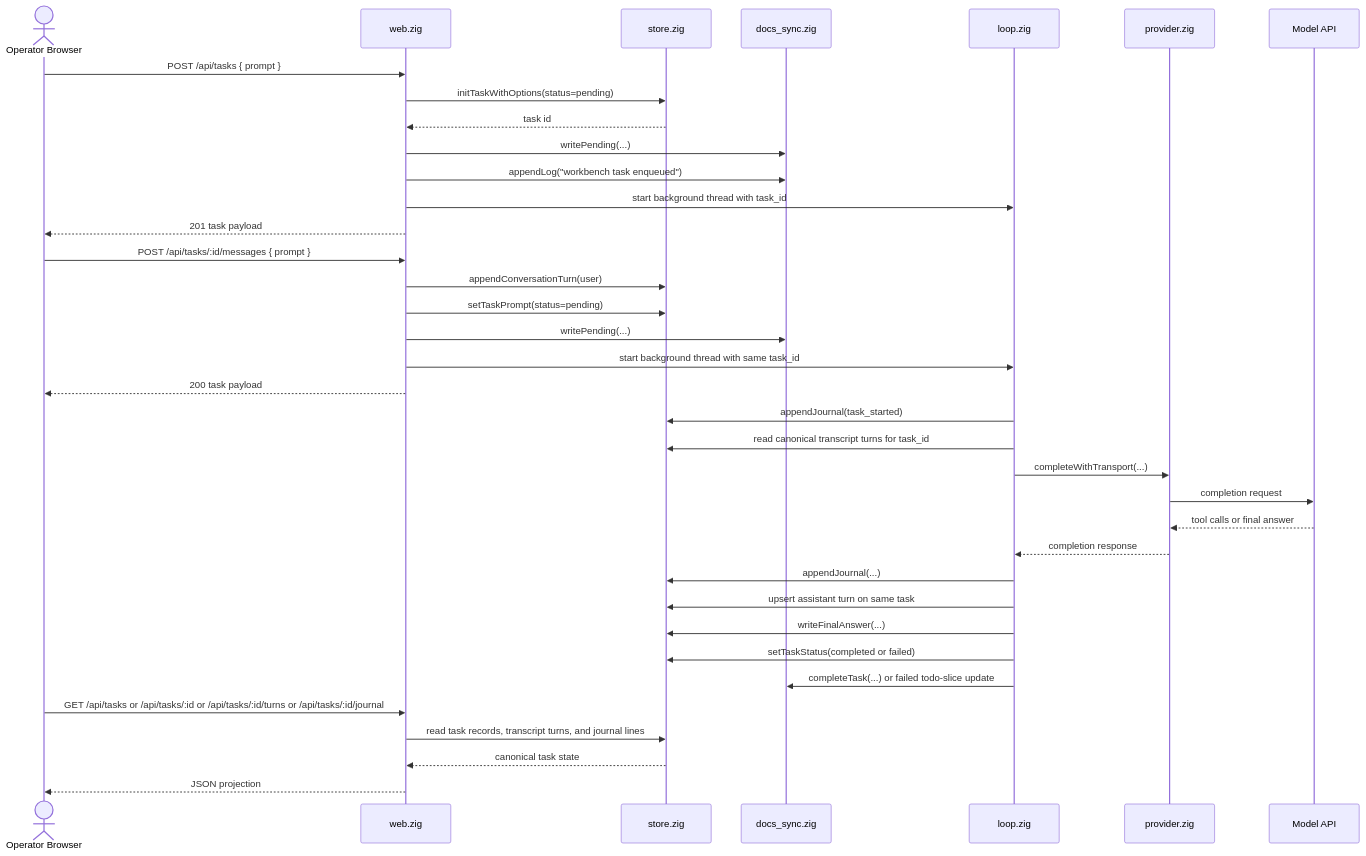
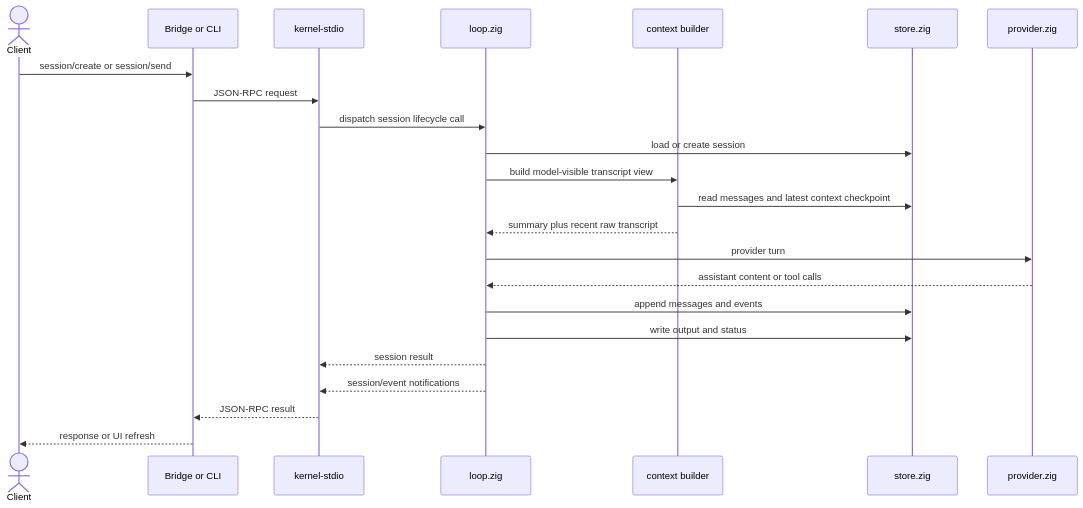
One commit to savageops/VANTARI-ONE changed the second of 3 diagrams in apps/backend/variant-1/architecture.md. Above: the diagram before and after it, drawn with Mermaid. The commit also changed other lines of this file and 44 other files, not shown here.

Commit message:
feat: add VAR1 headless session kernel

````diff
--- a/apps/backend/variant-1/architecture.md
+++ b/apps/backend/variant-1/architecture.md
@@ -59,42 +44,26 @@
 ```mermaid
 sequenceDiagram
-  actor O as Operator Browser
-  participant W as web.zig
+  actor C as Client
+  participant B as Bridge or CLI
+  participant K as kernel-stdio
+  participant E as loop.zig
+  participant X as context builder
   participant S as store.zig
-  participant D as docs_sync.zig
-  participant L as loop.zig
   participant P as provider.zig
-  participant M as Model API
 
-  O->>W: POST /api/tasks { prompt }
-  W->>S: initTaskWithOptions(status=pending)
-  S-->>W: task id
-  W->>D: writePending(...)
-  W->>D: appendLog("workbench task enqueued")
-  W->>L: start background thread with task_id
-  W-->>O: 201 task payload
-
-  O->>W: POST /api/tasks/:id/messages { prompt }
-  W->>S: appendConversationTurn(user)
-  W->>S: setTaskPrompt(status=pending)
-  W->>D: writePending(...)
-  W->>L: start background thread with same task_id
-  W-->>O: 200 task payload
-
-  L->>S: appendJournal(task_started)
-  L->>S: read canonical transcript turns for task_id
-  L->>P: completeWithTransport(...)
-  P->>M: completion request
-  M-->>P: tool calls or final answer
-  P-->>L: completion response
-  L->>S: appendJournal(...)
-  L->>S: upsert assistant turn on same task
-  L->>S: writeFinalAnswer(...)
-  L->>S: setTaskStatus(completed or failed)
-  L->>D: completeTask(...) or failed todo-slice update
-
-  O->>W: GET /api/tasks or /api/tasks/:id or /api/tasks/:id/turns or /api/tasks/:id/journal
-  W->>S: read task records, transcript turns, and journal lines
-  S-->>W: canonical task state
-  W-->>O: JSON projection
+  C->>B: session/create or session/send
+  B->>K: JSON-RPC request
+  K->>E: dispatch session lifecycle call
+  E->>S: load or create session
+  E->>X: build model-visible transcript view
+  X->>S: read messages and latest context checkpoint
+  X-->>E: summary plus recent raw transcript
+  E->>P: provider turn
+  P-->>E: assistant content or tool calls
+  E->>S: append messages and events
+  E->>S: write output and status
+  E-->>K: session result
+  E-->>K: session/event notifications
+  K-->>B: JSON-RPC result
+  B-->>C: response or UI refresh
 ```
````
